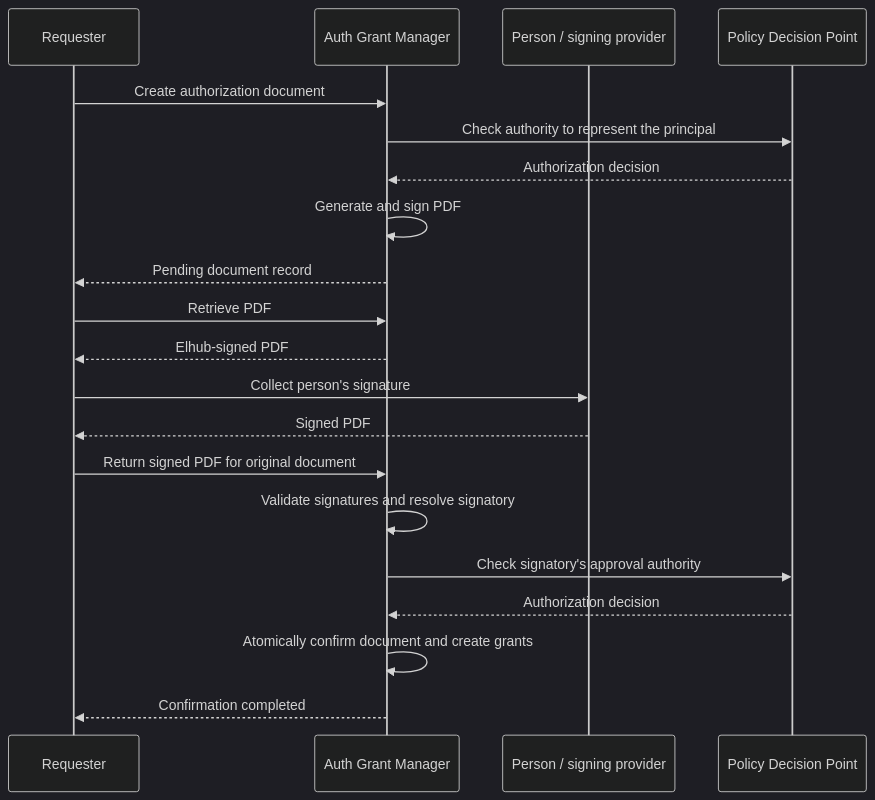
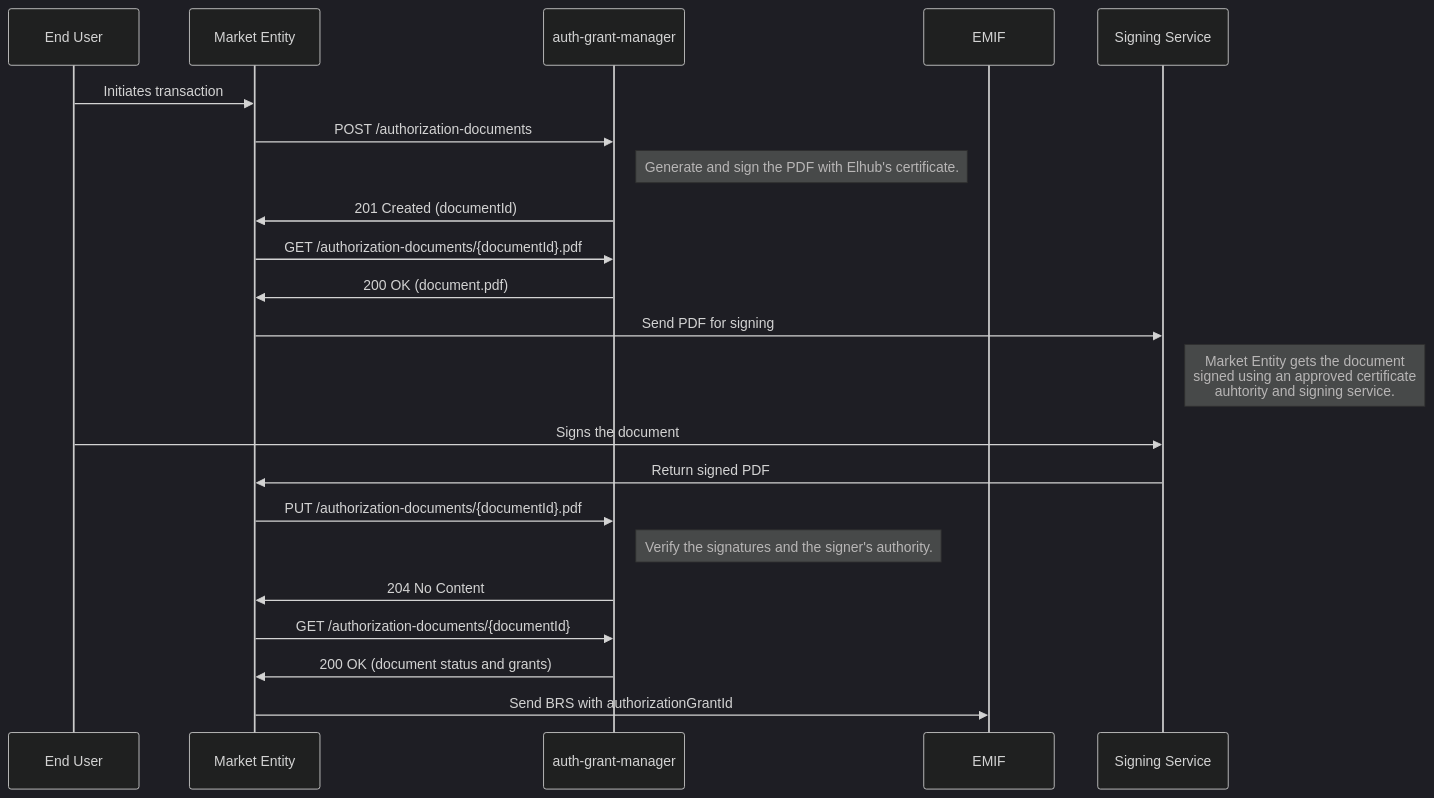
Before and after one commit to elhub/auth-grant-manager: the diagram in docs/processes/authorization-document.md, drawn with Mermaid (dark theme). The commit also changed other lines of this file and 16 other files, not shown here.

````diff
--- a/docs/processes/authorization-document.md
+++ b/docs/processes/authorization-document.md
@@ -17,22 +16,24 @@
 ```mermaid
 sequenceDiagram
-    participant M as Requester
-    participant A as Auth Grant Manager
-    participant S as Person / signing provider
-    participant PDP as Policy Decision Point
-    M->>A: Create authorization document
-    A->>PDP: Check authority to represent the principal
-    PDP-->>A: Authorization decision
-    A->>A: Generate and sign PDF
-    A-->>M: Pending document record
-    M->>A: Retrieve PDF
-    A-->>M: Elhub-signed PDF
-    M->>S: Collect person's signature
-    S-->>M: Signed PDF
-    M->>A: Return signed PDF for original document
-    A->>A: Validate signatures and resolve signatory
-    A->>PDP: Check signatory's approval authority
-    PDP-->>A: Authorization decision
-    A->>A: Atomically confirm document and create grants
-    A-->>M: Confirmation completed
+    participant EU as End User
+    participant ME as Market Entity
+    participant AGM as auth-grant-manager
+    participant EMIF as EMIF
+    participant SP as Signing Service
+    EU ->> ME: Initiates transaction
+    ME ->> AGM: POST /authorization-documents
+    Note right of AGM: Generate and sign the PDF with Elhub's certificate.
+    AGM ->> ME: 201 Created (documentId)
+    ME ->> AGM: GET /authorization-documents/{documentId}.pdf
+    AGM ->> ME: 200 OK (document.pdf)
+    ME ->> SP: Send PDF for signing
+    Note right of SP: Market Entity gets the document<br>signed using an approved certificate<br>auhtority and signing service.
+    EU ->> SP: Signs the document
+    SP ->> ME: Return signed PDF
+    ME ->> AGM: PUT /authorization-documents/{documentId}.pdf
+    Note right of AGM: Verify the signatures and the signer's authority.
+    AGM ->> ME: 204 No Content
+    ME ->> AGM: GET /authorization-documents/{documentId}
+    AGM ->> ME: 200 OK (document status and grants)
+    ME ->> EMIF: Send BRS with authorizationGrantId
 ```
````
